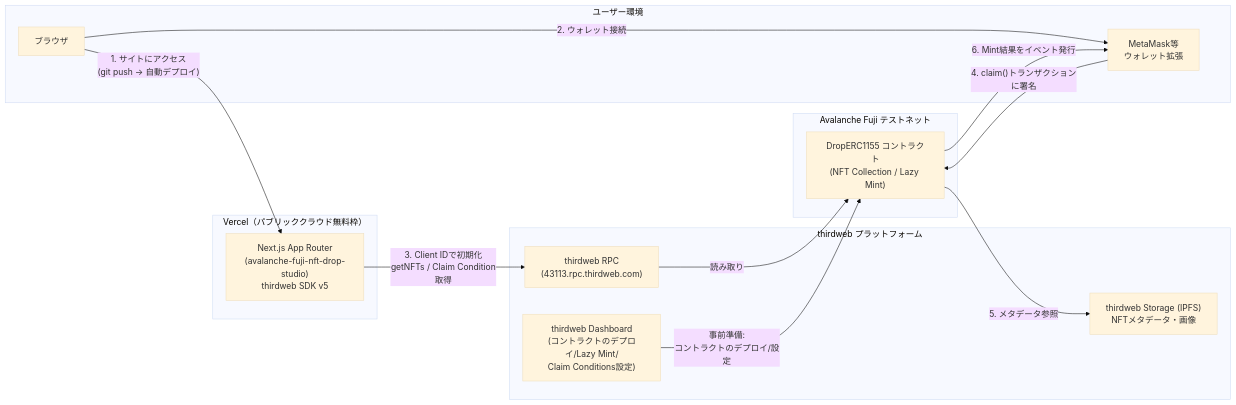
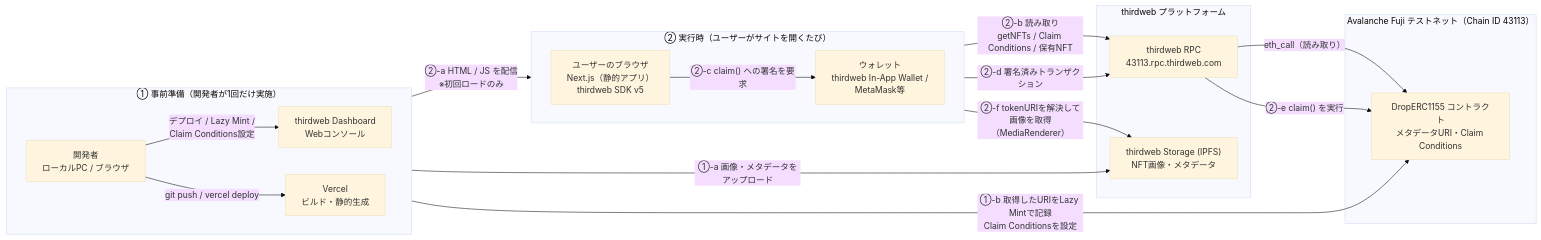
One commit to FloatedGecko667/avalanche-fuji-nft-drop-studio changed the diagram in README.md. Above: the diagram before and after it, drawn with Mermaid (base theme). The commit also changed other lines of this file and 1 other file, not shown here.

Commit message:
docs: correct system architecture and stack facts
The architecture diagram claimed the contract fetches its metadata from
IPFS. Contracts cannot make network calls — they only store a tokenURI,
and the browser's MediaRenderer is what resolves it.

It also drew Vercel in the runtime request path. The page is fully
client-rendered and statically prerendered, so Vercel serves the bundle
once and every RPC read, signature and image fetch originates in the
browser. Drawing Vercel as a relay contradicted the non-custodial claim
the README makes elsewhere. The diagram now separates the one-off
developer setup from the per-visit runtime flow.

Also corrects the ERC-1155 distribution semantics (claim order does not
rotate content — the user picks a tokenId) and the recorded TypeScript
version, which is 6.0.3 rather than 7.

````diff
--- a/README.md
+++ b/README.md
@@ -41,30 +43,36 @@
 ```mermaid
 flowchart LR
-    subgraph User["ユーザー環境"]
-        Browser["ブラウザ"]
-        Wallet["MetaMask等\nウォレット拡張"]
+    subgraph Prep["① 事前準備（開発者が1回だけ実施）"]
+        direction LR
+        Dev["開発者<br/>ローカルPC / ブラウザ"]
+        Dashboard["thirdweb Dashboard<br/>Webコンソール"]
+        Dev -- "デプロイ / Lazy Mint /<br/>Claim Conditions設定" --> Dashboard
+        Dev -- "git push / vercel deploy" --> BuildVercel["Vercel<br/>ビルド・静的生成"]
     end
 
-    subgraph Vercel["Vercel（パブリッククラウド無料枠）"]
-        NextApp["Next.js App Router\n(avalanche-fuji-nft-drop-studio)\nthirdweb SDK v5"]
+    subgraph Runtime["② 実行時（ユーザーがサイトを開くたび）"]
+        direction LR
+        Browser["ユーザーのブラウザ<br/>Next.js（静的アプリ）<br/>thirdweb SDK v5"]
+        Wallet["ウォレット<br/>thirdweb In-App Wallet /<br/>MetaMask等"]
     end
 
     subgraph Thirdweb["thirdweb プラットフォーム"]
-        Dashboard["thirdweb Dashboard\n(コントラクトのデプロイ/Lazy Mint/\nClaim Conditions設定)"]
-        RPC["thirdweb RPC\n(43113.rpc.thirdweb.com)"]
-        Storage["thirdweb Storage (IPFS)\nNFTメタデータ・画像"]
+        RPC["thirdweb RPC<br/>43113.rpc.thirdweb.com"]
+        Storage["thirdweb Storage (IPFS)<br/>NFT画像・メタデータ"]
     end
 
-    subgraph Chain["Avalanche Fuji テストネット"]
-        Contract["DropERC1155 コントラクト\n(NFT Collection / Lazy Mint)"]
+    subgraph Chain["Avalanche Fuji テストネット（Chain ID 43113）"]
+        Contract["DropERC1155 コントラクト<br/>メタデータURI・Claim Conditions"]
     end
 
-    Browser -- "1. サイトにアクセス\n(git push -> 自動デプロイ)" --> NextApp
-    Browser -- "2. ウォレット接続" --> Wallet
-    NextApp -- "3. Client IDで初期化\ngetNFTs / Claim Condition取得" --> RPC
-    RPC -- "読み取り" --> Contract
-    Wallet -- "4. claim()トランザクションに署名" --> Contract
-    Contract -- "5. メタデータ参照" --> Storage
-    Dashboard -- "事前準備:\nコントラクトのデプロイ/設定" --> Contract
-    Contract -- "6. Mint結果をイベント発行" --> Wallet
+    Dashboard -- "①-a 画像・メタデータをアップロード" --> Storage
+    Dashboard -- "①-b 取得したURIをLazy Mintで記録<br/>Claim Conditionsを設定" --> Contract
+
+    BuildVercel -- "②-a HTML / JS を配信<br/>※初回ロードのみ" --> Browser
+    Browser -- "②-b 読み取り<br/>getNFTs / Claim Conditions / 保有NFT" --> RPC
+    RPC -- "eth_call（読み取り）" --> Contract
+    Browser -- "②-c claim() への署名を要求" --> Wallet
+    Wallet -- "②-d 署名済みトランザクション" --> RPC
+    RPC -- "②-e claim() を実行" --> Contract
+    Browser -- "②-f tokenURIを解決して画像を取得<br/>（MediaRenderer）" --> Storage
 ```
````
